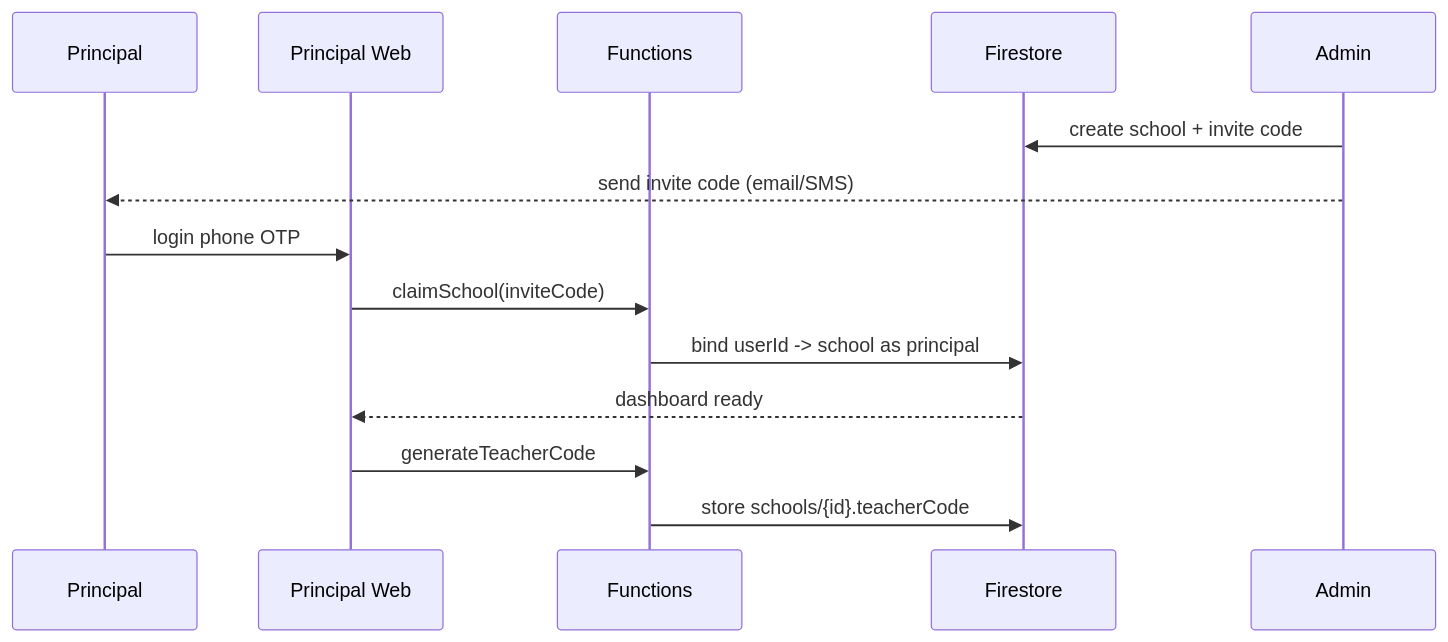
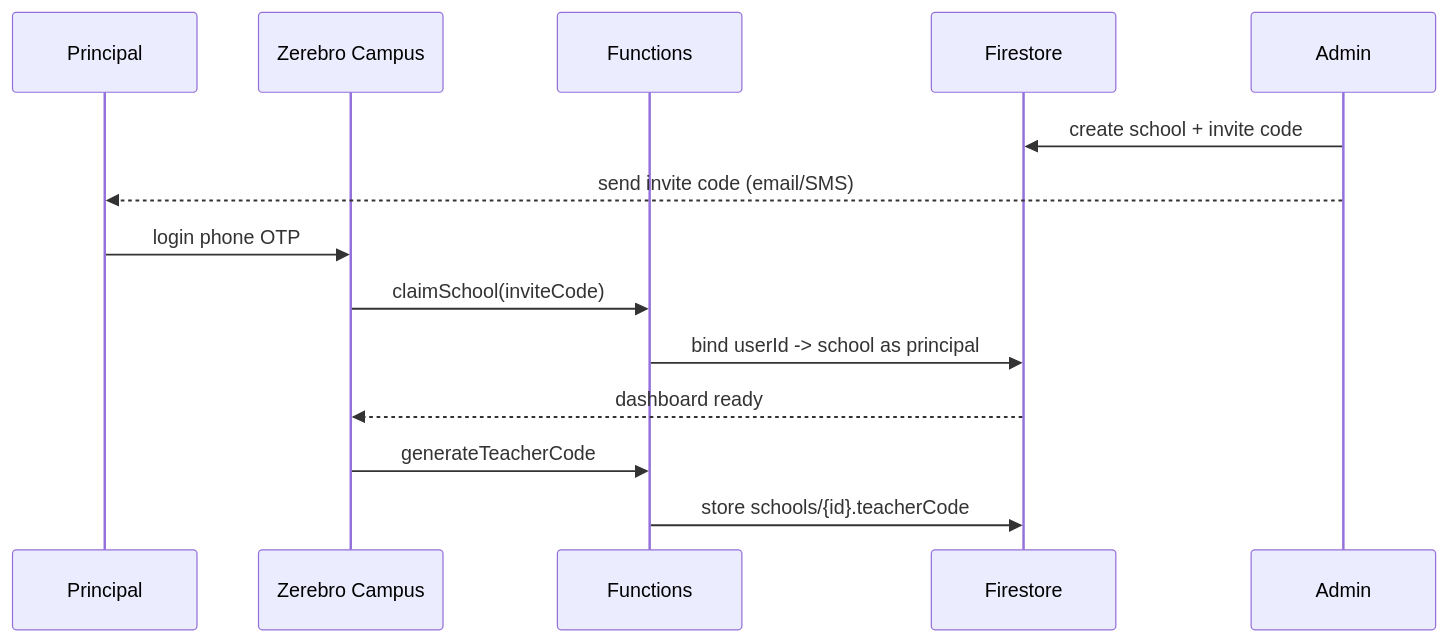
The third of 7 diagrams in docs/EDUCATION_AI_TECH_SPEC.md (ZerebroKid/kidsafe-school), drawn with Mermaid before and after one commit. The commit also changed other lines of this file and 2 other files, not shown here.

````diff
--- a/docs/EDUCATION_AI_TECH_SPEC.md
+++ b/docs/EDUCATION_AI_TECH_SPEC.md
@@ -337,17 +351,17 @@
 ```mermaid
 sequenceDiagram
   participant P as Principal
-  participant W as Principal Web
+  participant W as Zerebro Campus
   participant FN as Functions
   participant FS as Firestore
   participant A as Admin
 
   A->>FS: create school + invite code
   A-->>P: send invite code (email/SMS)
   P->>W: login phone OTP
   W->>FN: claimSchool(inviteCode)
   FN->>FS: bind userId -> school as principal
   FS-->>W: dashboard ready
   W->>FN: generateTeacherCode
   FN->>FS: store schools/{id}.teacherCode
 ```
````
